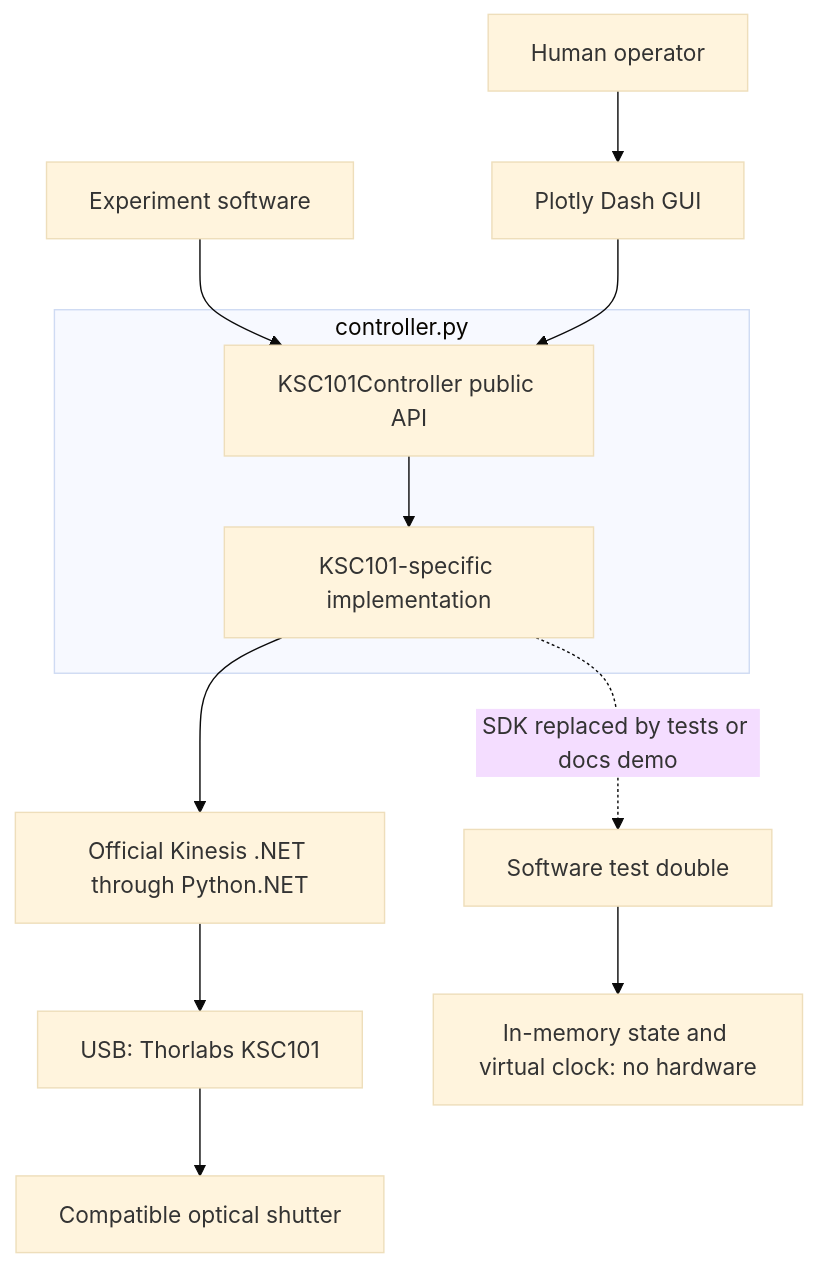
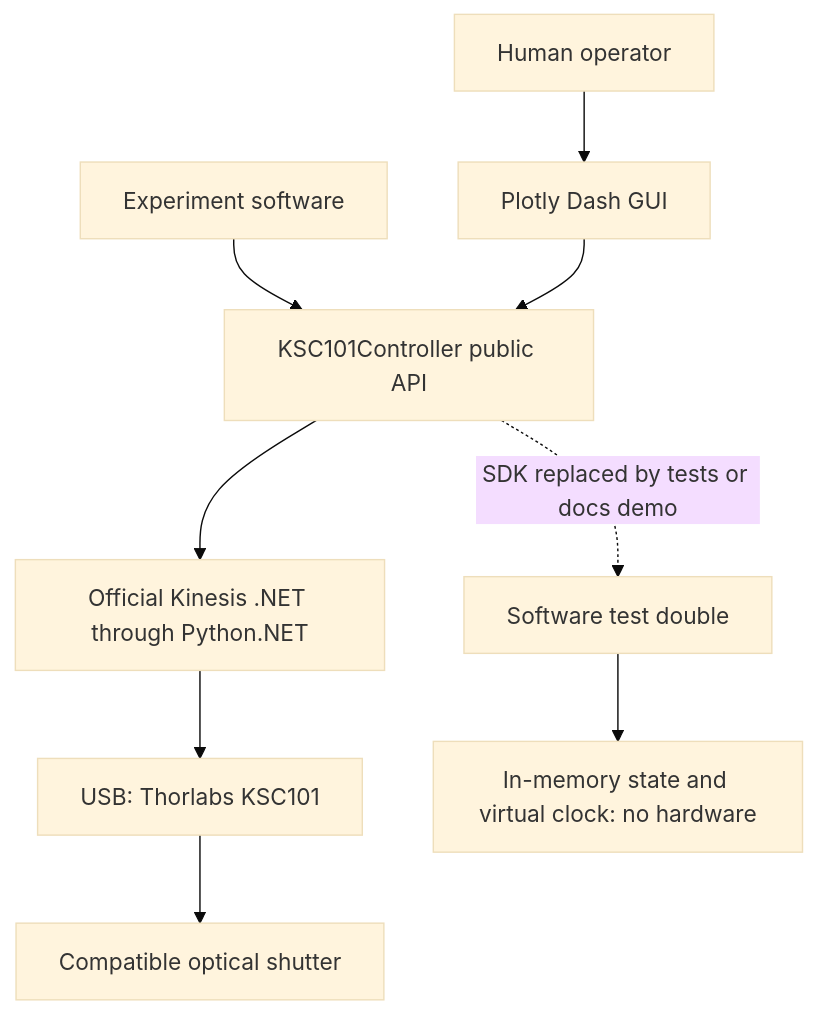
One commit to cct1123/thorlabs-shutter-control changed the diagram in docs/architecture.md. Above: the diagram before and after it, drawn with Mermaid (base theme). The commit also changed other lines of this file and 16 other files, not shown here.

````diff
--- a/docs/architecture.md
+++ b/docs/architecture.md
@@ -9,14 +9,11 @@
 ```mermaid
 flowchart TD
     H[Human operator] --> G[Plotly Dash GUI]
     E[Experiment software] --> C[KSC101Controller public API]
     G --> C
-    subgraph M[controller.py]
-        C --> B[KSC101-specific implementation]
-    end
-    B --> K[Official Kinesis .NET through Python.NET]
+    C --> K[Official Kinesis .NET through Python.NET]
     K --> U[USB: Thorlabs KSC101]
     U --> S[Compatible optical shutter]
-    B -. SDK replaced by tests or docs demo .-> F[Software test double]
+    C -. SDK replaced by tests or docs demo .-> F[Software test double]
     F --> N[In-memory state and virtual clock: no hardware]
 ```
````
